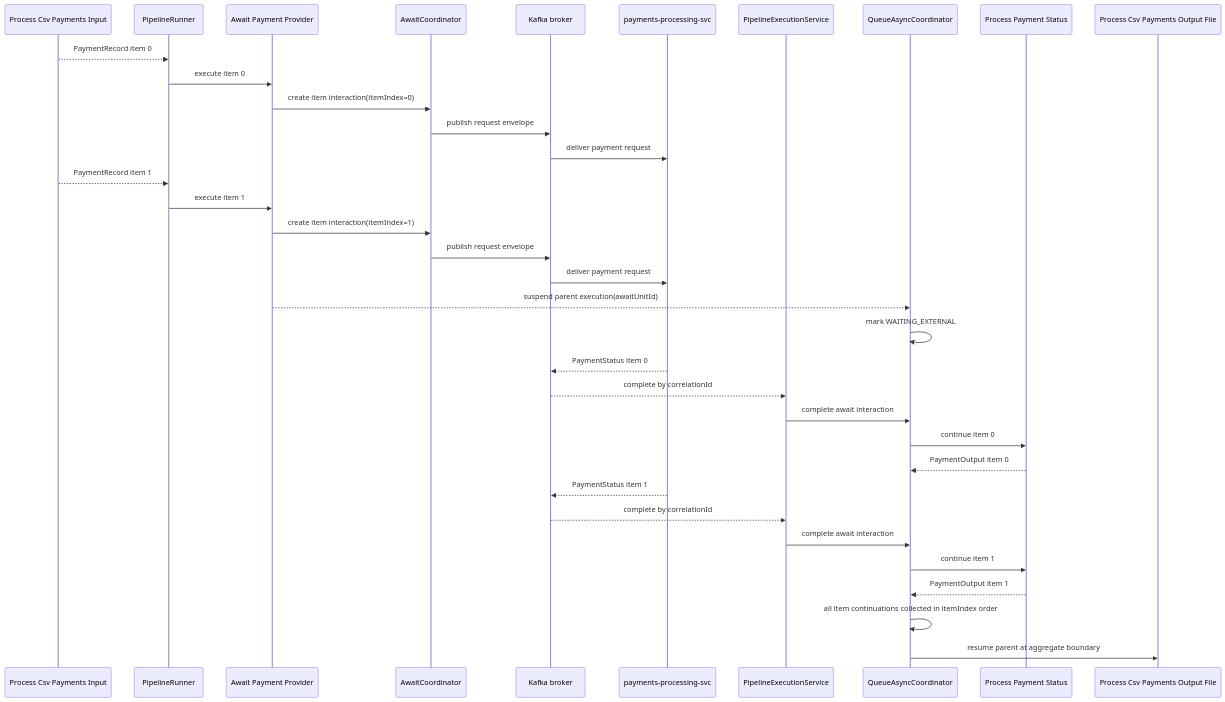
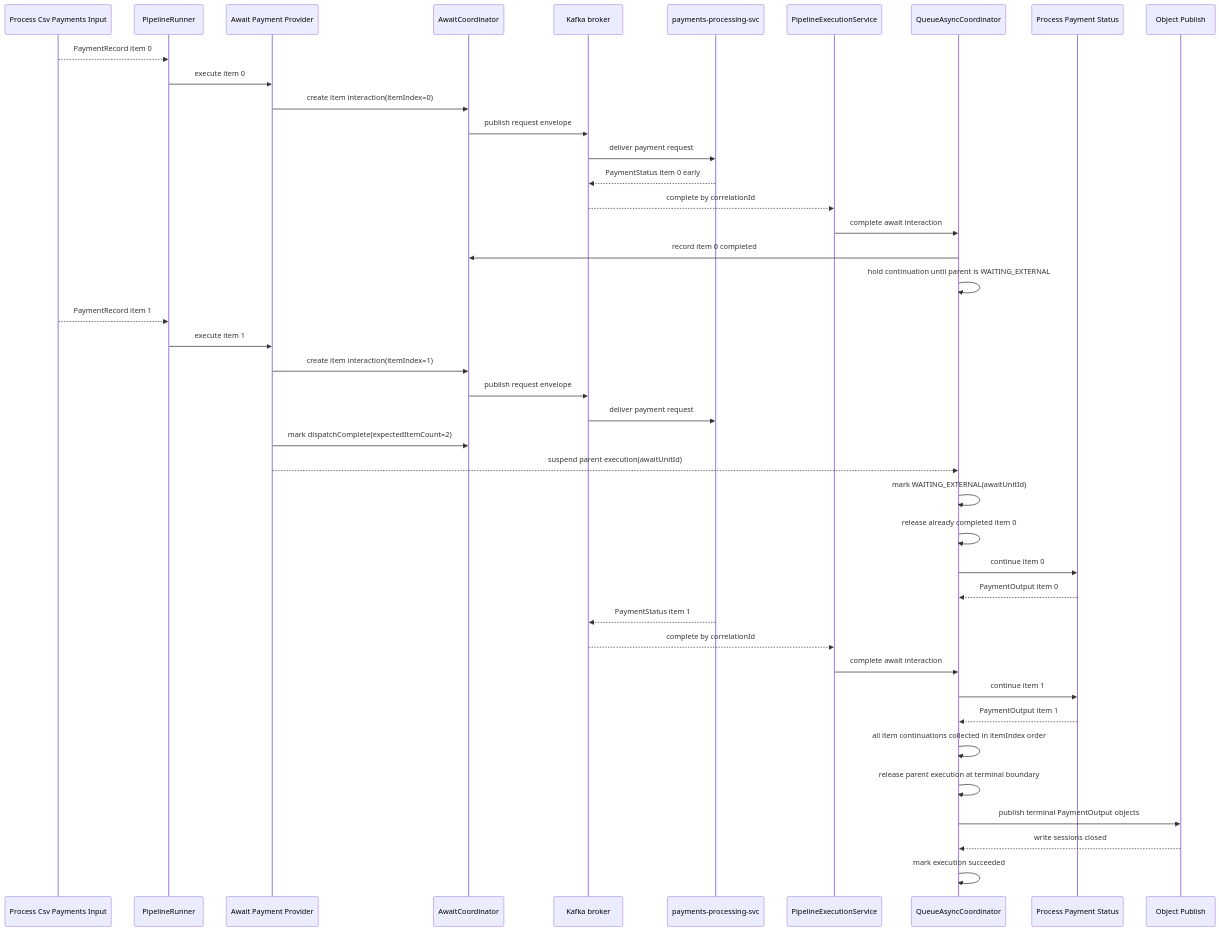
Before and after one commit to The-Pipeline-Framework/pipelineframework: the fourth of 6 diagrams in docs/evolve/await-unit-runtime/sequences.md, drawn with Mermaid. The commit also changed other lines of this file and 14 other files, not shown here.

Commit message:
Clarify queue-async await and object I/O docs

````diff
--- a/docs/evolve/await-unit-runtime/sequences.md
+++ b/docs/evolve/await-unit-runtime/sequences.md
@@ -65,43 +92,49 @@
 ```mermaid
 sequenceDiagram
     participant Input as Process Csv Payments Input
     participant Runner as PipelineRunner
     participant Await as Await Payment Provider
     participant AwaitCoord as AwaitCoordinator
     participant Kafka as Kafka broker
     participant Provider as payments-processing-svc
     participant Exec as PipelineExecutionService
     participant Queue as QueueAsyncCoordinator
     participant Status as Process Payment Status
-    participant Output as Process Csv Payments Output File
+    participant Publish as Object Publish
 
     Input-->>Runner: PaymentRecord item 0
     Runner->>Await: execute item 0
     Await->>AwaitCoord: create item interaction(itemIndex=0)
     AwaitCoord->>Kafka: publish request envelope
     Kafka->>Provider: deliver payment request
+    Provider-->>Kafka: PaymentStatus item 0 early
+    Kafka-->>Exec: complete by correlationId
+    Exec->>Queue: complete await interaction
+    Queue->>AwaitCoord: record item 0 completed
+    Queue->>Queue: hold continuation until parent is WAITING_EXTERNAL
 
     Input-->>Runner: PaymentRecord item 1
     Runner->>Await: execute item 1
     Await->>AwaitCoord: create item interaction(itemIndex=1)
     AwaitCoord->>Kafka: publish request envelope
     Kafka->>Provider: deliver payment request
 
+    Await->>AwaitCoord: mark dispatchComplete(expectedItemCount=2)
     Await-->>Queue: suspend parent execution(awaitUnitId)
-    Queue->>Queue: mark WAITING_EXTERNAL
-
-    Provider-->>Kafka: PaymentStatus item 0
-    Kafka-->>Exec: complete by correlationId
-    Exec->>Queue: complete await interaction
+    Queue->>Queue: mark WAITING_EXTERNAL(awaitUnitId)
+    Queue->>Queue: release already completed item 0
     Queue->>Status: continue item 0
     Status-->>Queue: PaymentOutput item 0
 
     Provider-->>Kafka: PaymentStatus item 1
     Kafka-->>Exec: complete by correlationId
     Exec->>Queue: complete await interaction
     Queue->>Status: continue item 1
     Status-->>Queue: PaymentOutput item 1
 
     Queue->>Queue: all item continuations collected in itemIndex order
-    Queue->>Output: resume parent at aggregate boundary
+    Queue->>Queue: release parent execution at terminal boundary
+    Queue->>Publish: publish terminal PaymentOutput objects
+    Publish-->>Queue: write sessions closed
+    Queue->>Queue: mark execution succeeded
 ```
````
